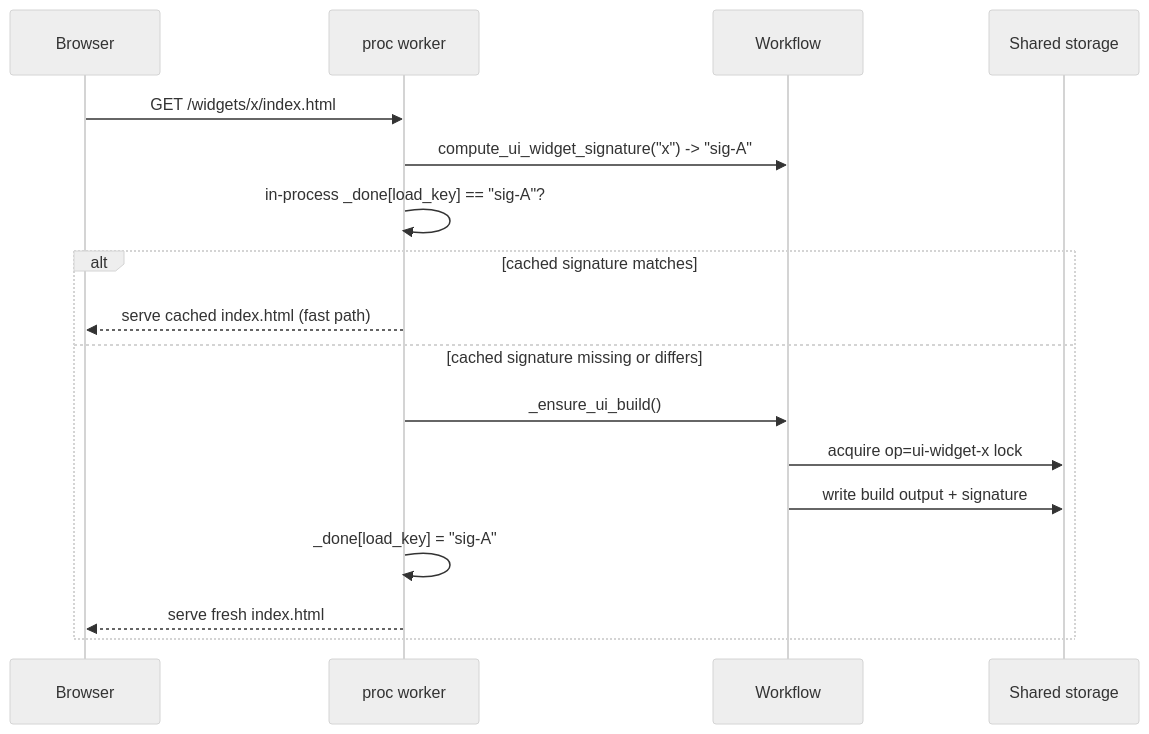
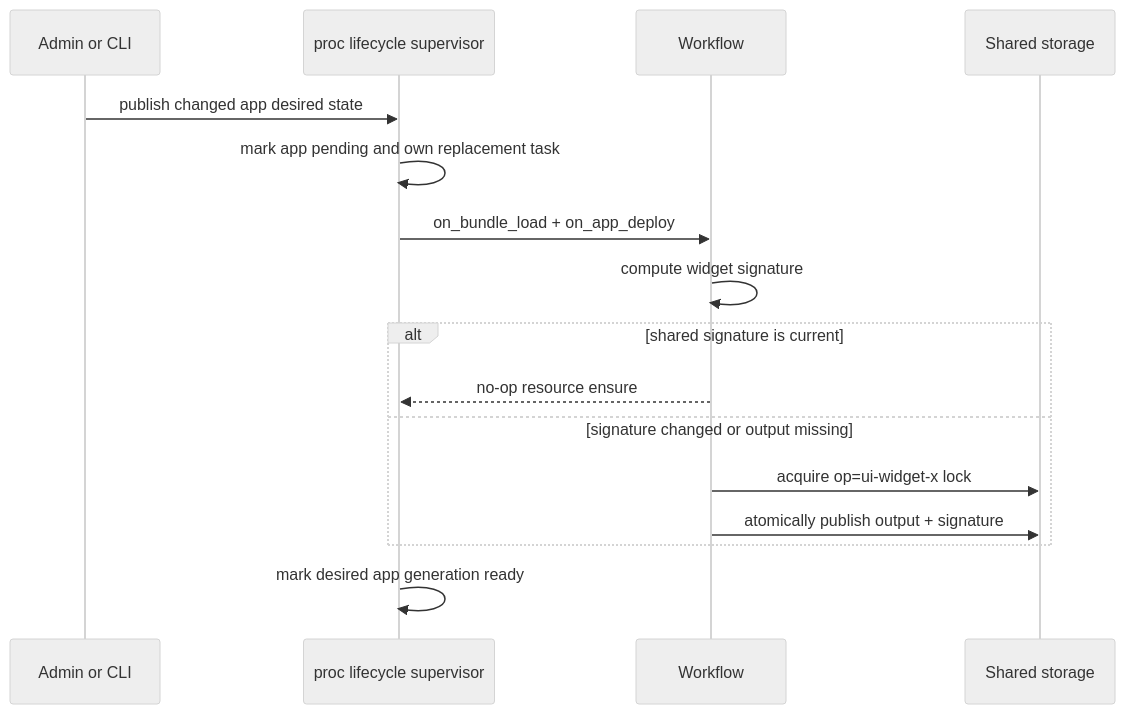
Before and after one commit to elenaviter/kdcube-ai-app: the fifth of 7 diagrams in app/ai-app/docs/sdk/bundle/ui-components-lifecycle-README.md, drawn with Mermaid (neutral theme). The commit also changed other lines of this file and 51 other files, not shown here.

````diff
--- a/app/ai-app/docs/sdk/bundle/ui-components-lifecycle-README.md
+++ b/app/ai-app/docs/sdk/bundle/ui-components-lifecycle-README.md
@@ -530,20 +458,19 @@
 ```mermaid
 sequenceDiagram
-  participant B as Browser
-  participant W as proc worker
+  participant A as Admin or CLI
+  participant W as proc lifecycle supervisor
   participant P as Workflow
   participant S as Shared storage
 
-  B->>W: GET /widgets/x/index.html
-  W->>P: compute_ui_widget_signature("x") -> "sig-A"
-  W->>W: in-process _done[load_key] == "sig-A"?
-  alt cached signature matches
-    W-->>B: serve cached index.html (fast path)
-  else cached signature missing or differs
-    W->>P: _ensure_ui_build()
+  A->>W: publish changed app desired state
+  W->>W: mark app pending and own replacement task
+  W->>P: on_bundle_load + on_app_deploy
+  P->>P: compute widget signature
+  alt shared signature is current
+    P-->>W: no-op resource ensure
+  else signature changed or output missing
     P->>S: acquire op=ui-widget-x lock
-    P->>S: write build output + signature
-    W->>W: _done[load_key] = "sig-A"
-    W-->>B: serve fresh index.html
+    P->>S: atomically publish output + signature
   end
+  W->>W: mark desired app generation ready
 ```
````
